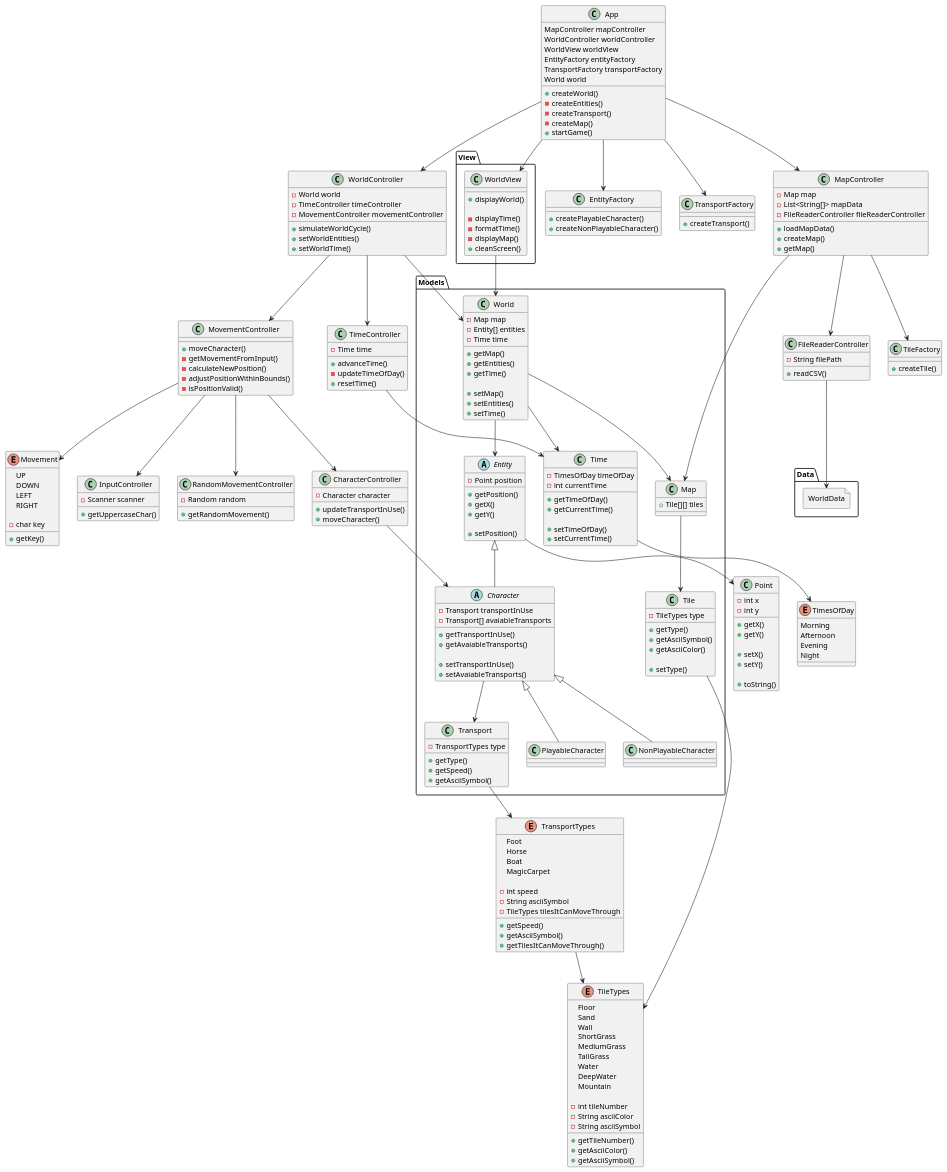
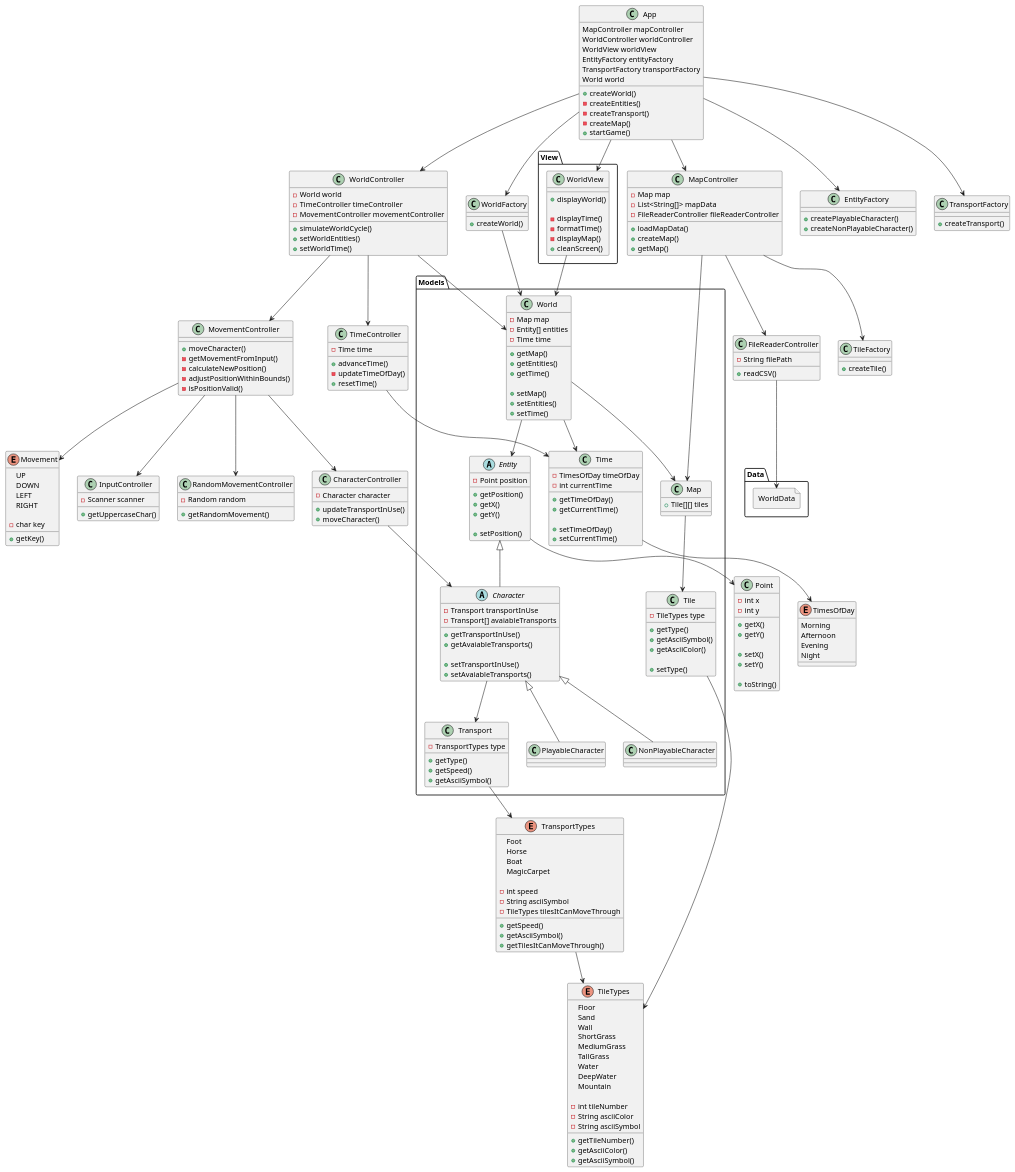
One commit to mmasias/23-24-IdSw2-SDD changed the diagram in docs/modelosUML/diagramaDeAplicacion.puml. Above: the diagram before and after it, drawn with PlantUML. The commit also changed 1 other file, not shown here.

Commit message:
feat: Updated World

```diff
--- a/docs/modelosUML/diagramaDeAplicacion.puml
+++ b/docs/modelosUML/diagramaDeAplicacion.puml
@@ -237,6 +237,10 @@
     + createNonPlayableCharacter()
 }
 
+class WorldFactory {
+    + createWorld()
+}
+
 class TileFactory {
     + createTile()
 }
@@ -283,5 +287,7 @@
 App --> EntityFactory
 App --> TransportFactory
 App --> MapController
+App --> WorldFactory
+WorldFactory --> World
 
 @enduml
```
